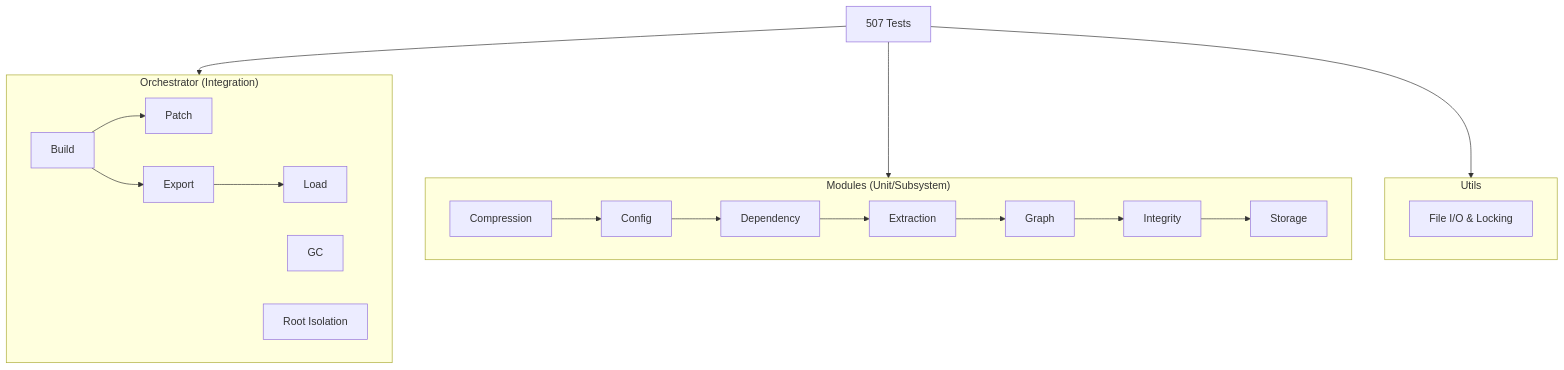
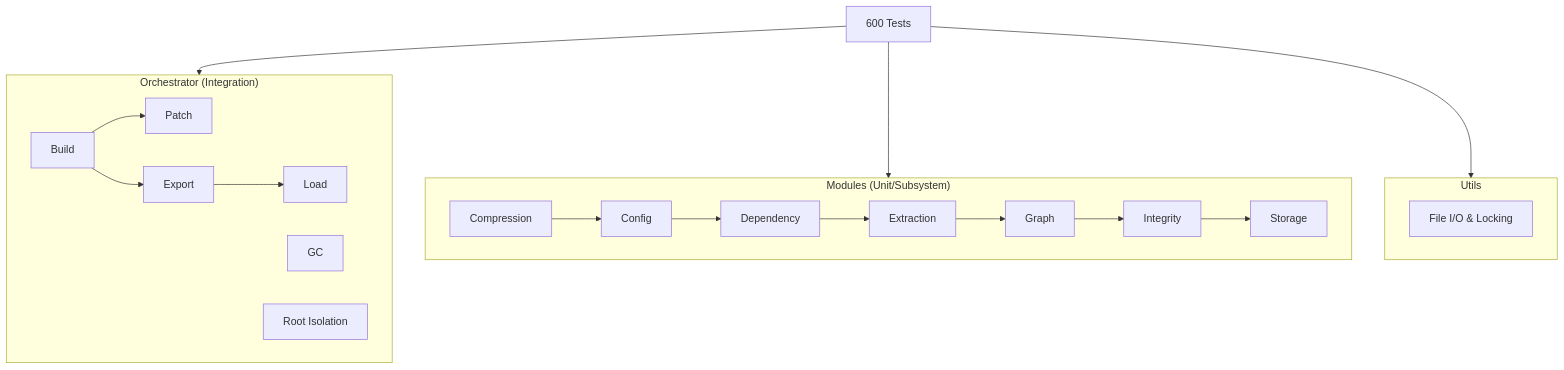
One commit to sageoz/Batho changed the diagram in docs-site/docs/tests/index.md. Above: the diagram before and after it, drawn with Mermaid. The commit also changed other lines of this file and 22 other files, not shown here.

````diff
--- a/docs-site/docs/tests/index.md
+++ b/docs-site/docs/tests/index.md
@@ -47,24 +47,24 @@
 ```mermaid
 flowchart TB
     subgraph Orchestrator["Orchestrator (Integration)"]
         B[Build] --> P[Patch]
         B --> E[Export]
         E --> L[Load]
         G[GC]
         R[Root Isolation]
     end
     subgraph Modules["Modules (Unit/Subsystem)"]
         C[Compression] --> CO[Config]
         CO --> D[Dependency]
         D --> EX[Extraction]
         EX --> GR[Graph]
         GR --> I[Integrity]
         I --> S[Storage]
     end
     subgraph Utils["Utils"]
         U[File I/O & Locking]
     end
-    Suite[507 Tests] --> Orchestrator
+    Suite[600 Tests] --> Orchestrator
     Suite --> Modules
     Suite --> Utils
 ```
````
